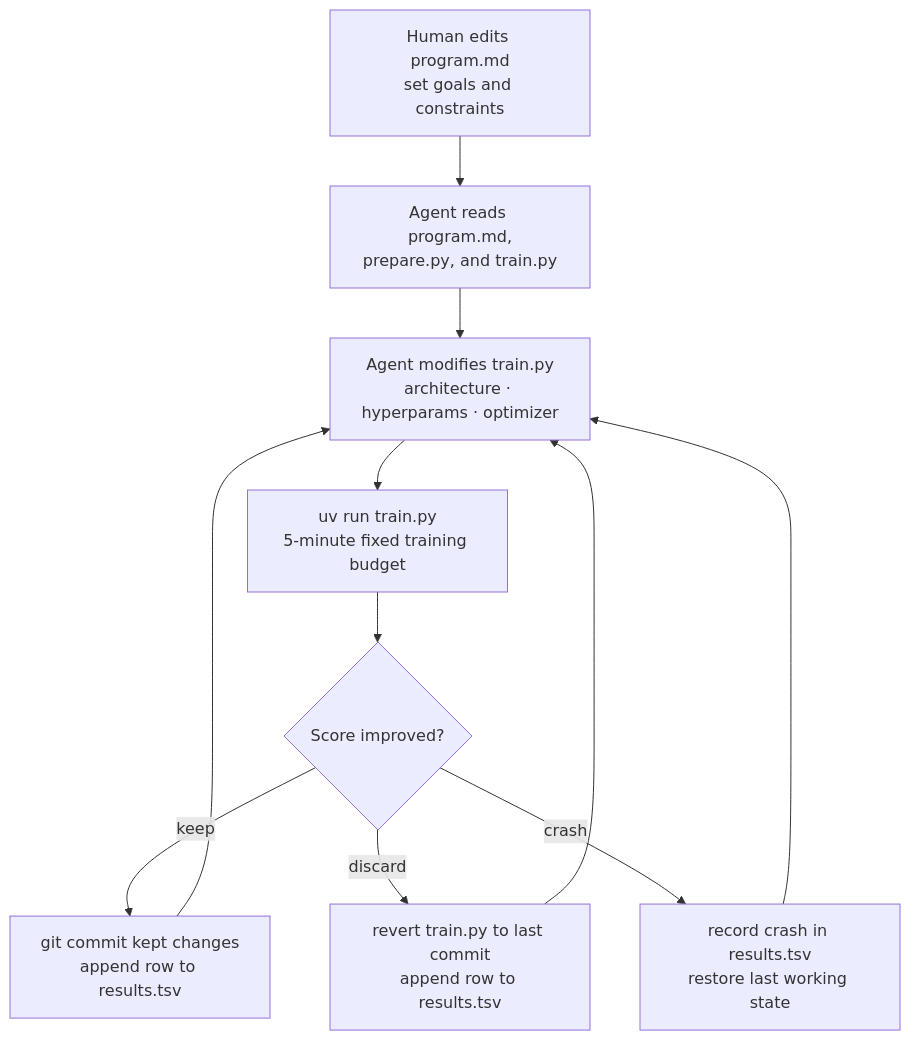
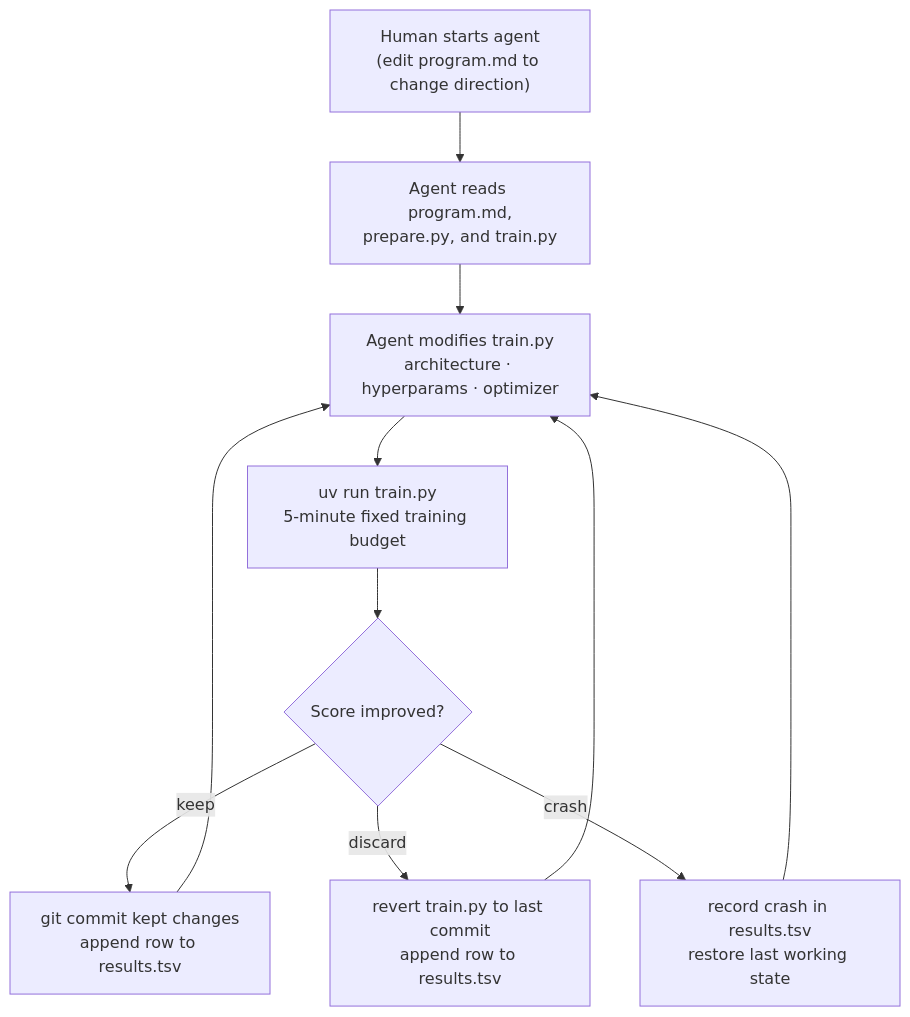
The diagram in README.md (aroughidea/autoresearch-win-rtx), drawn with Mermaid before and after one commit. The commit also changed other lines of this file, not shown here.

Commit message:
docs: fix program.md 'must edit' implication and add first-run next-step link

````diff
--- a/README.md
+++ b/README.md
@@ -109,13 +111,13 @@
 ```mermaid
 flowchart TD
-    A["Human edits program.md\nset goals and constraints"] --> B["Agent reads program.md,\nprepare.py, and train.py"]
+    A["Human starts agent\n(edit program.md to change direction)"] --> B["Agent reads program.md,\nprepare.py, and train.py"]
     B --> C["Agent modifies train.py\narchitecture · hyperparams · optimizer"]
     C --> D["uv run train.py\n5-minute fixed training budget"]
     D --> E{Score improved?}
     E -->|keep| F["git commit kept changes\nappend row to results.tsv"]
     E -->|discard| G["revert train.py to last commit\nappend row to results.tsv"]
     E -->|crash| H["record crash in results.tsv\nrestore last working state"]
     F --> C
     G --> C
     H --> C
 ```
````
